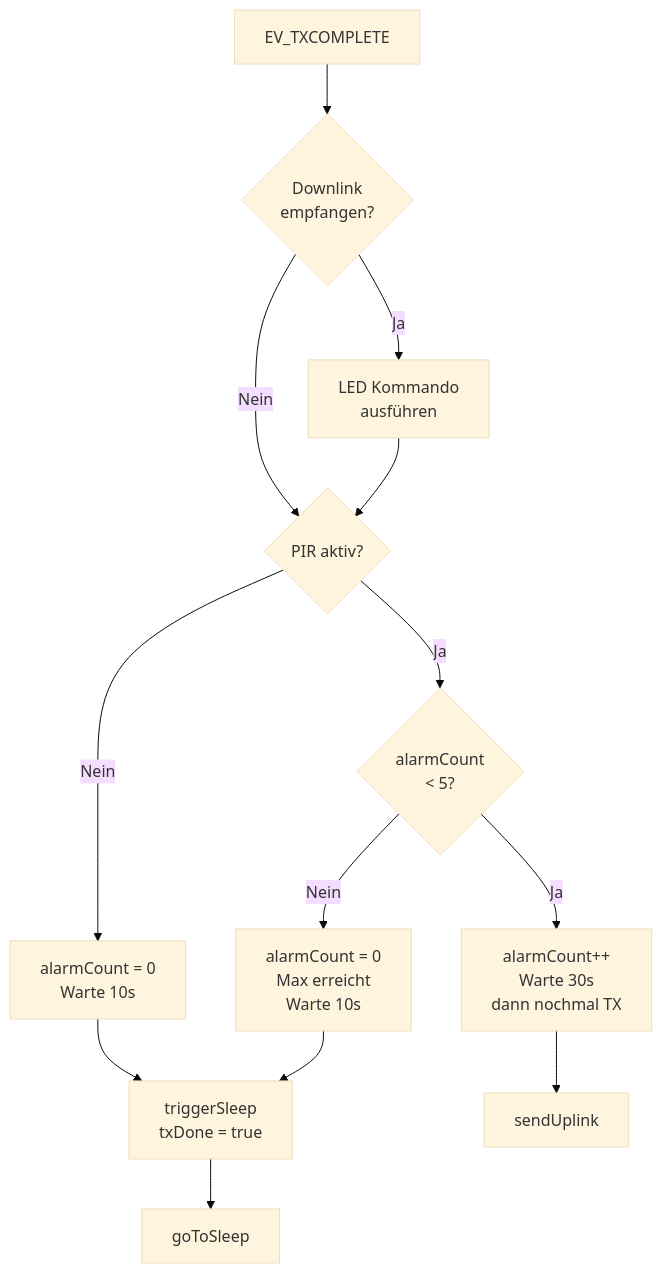
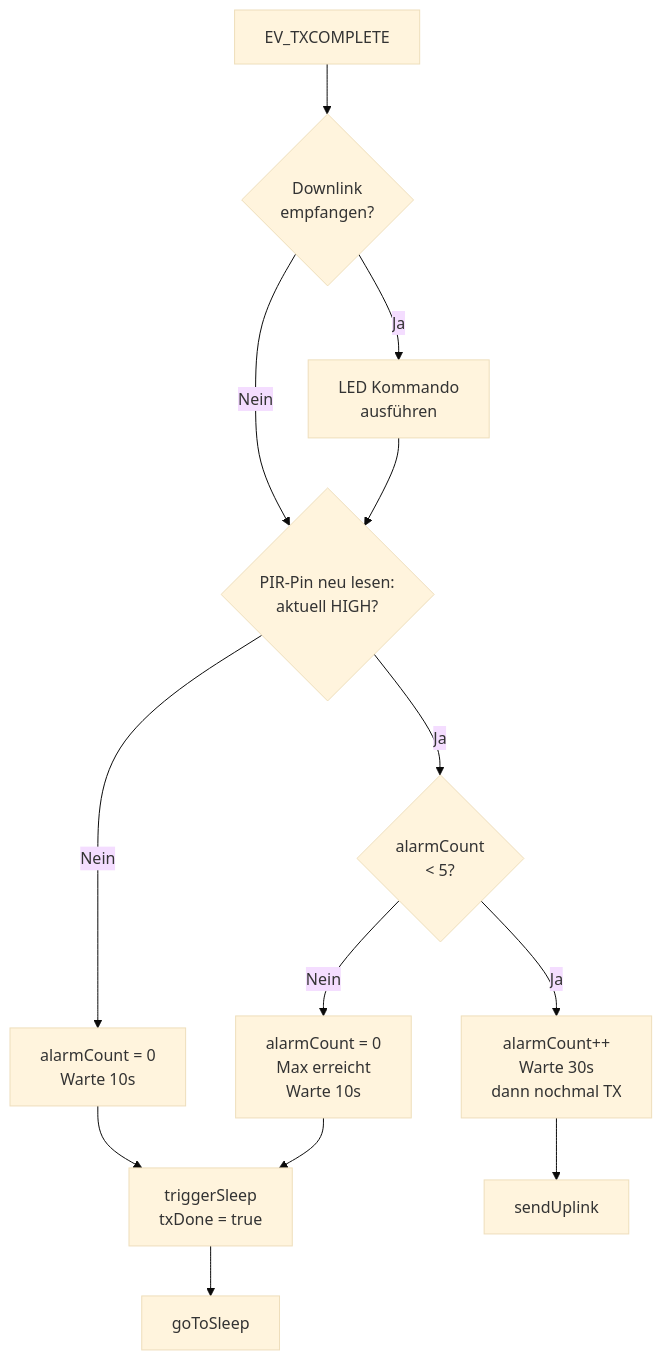
The third of 3 diagrams in docs/architecture/firmware-state-machine.md (Silverlode76/SmartGarden), drawn with Mermaid (base theme) before and after one commit. The commit also changed other lines of this file and 1 other file, not shown here.

````diff
--- a/docs/architecture/firmware-state-machine.md
+++ b/docs/architecture/firmware-state-machine.md
@@ -71,20 +73,20 @@
 ```mermaid
 flowchart TD
     A[EV_TXCOMPLETE] --> B{Downlink\nempfangen?}
 
     B -->|Ja| C[LED Kommando\nausführen]
-    B -->|Nein| D{PIR aktiv?}
+    B -->|Nein| D{PIR-Pin neu lesen:\naktuell HIGH?}
     C --> D
 
     D -->|Nein| E[alarmCount = 0\nWarte 10s]
     D -->|Ja| F{alarmCount\n< 5?}
 
     F -->|Ja| G[alarmCount++\nWarte 30s\ndann nochmal TX]
     F -->|Nein| H[alarmCount = 0\nMax erreicht\nWarte 10s]
 
     E --> I[triggerSleep\ntxDone = true]
     H --> I
     G --> J[sendUplink]
 
     I --> K[goToSleep]
 ```
````
